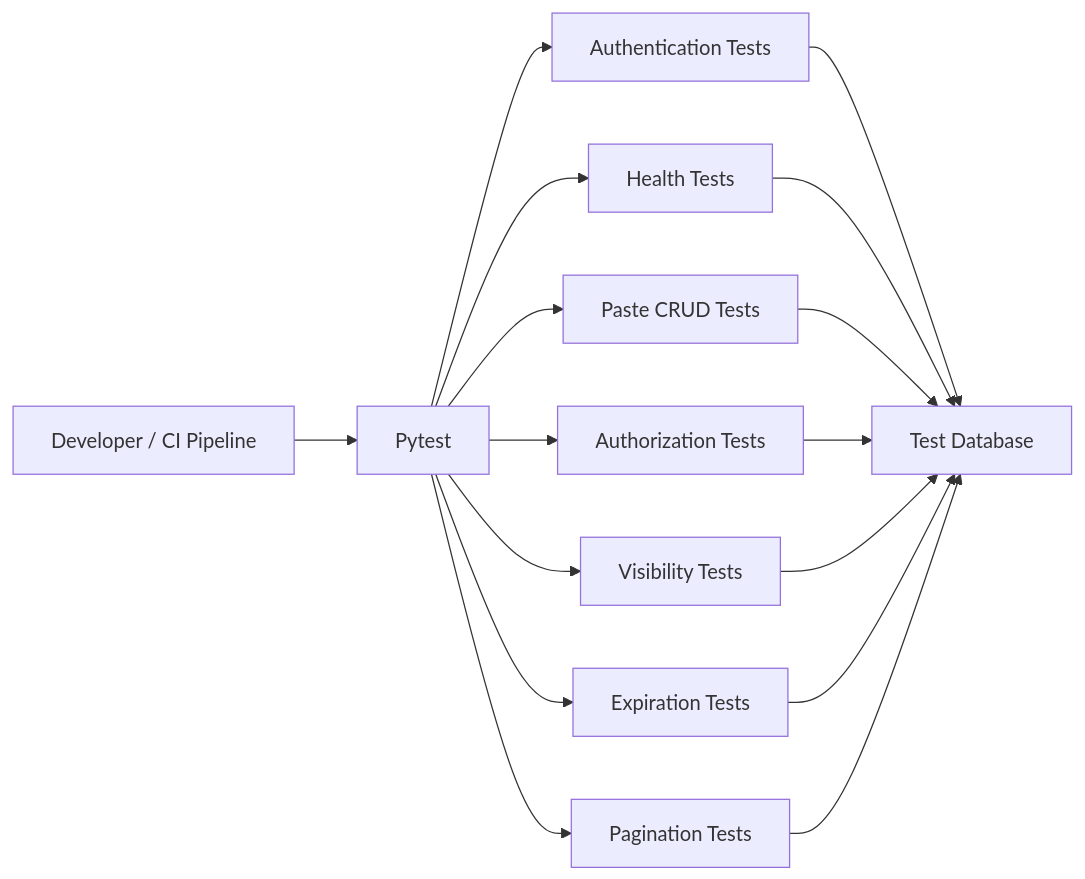
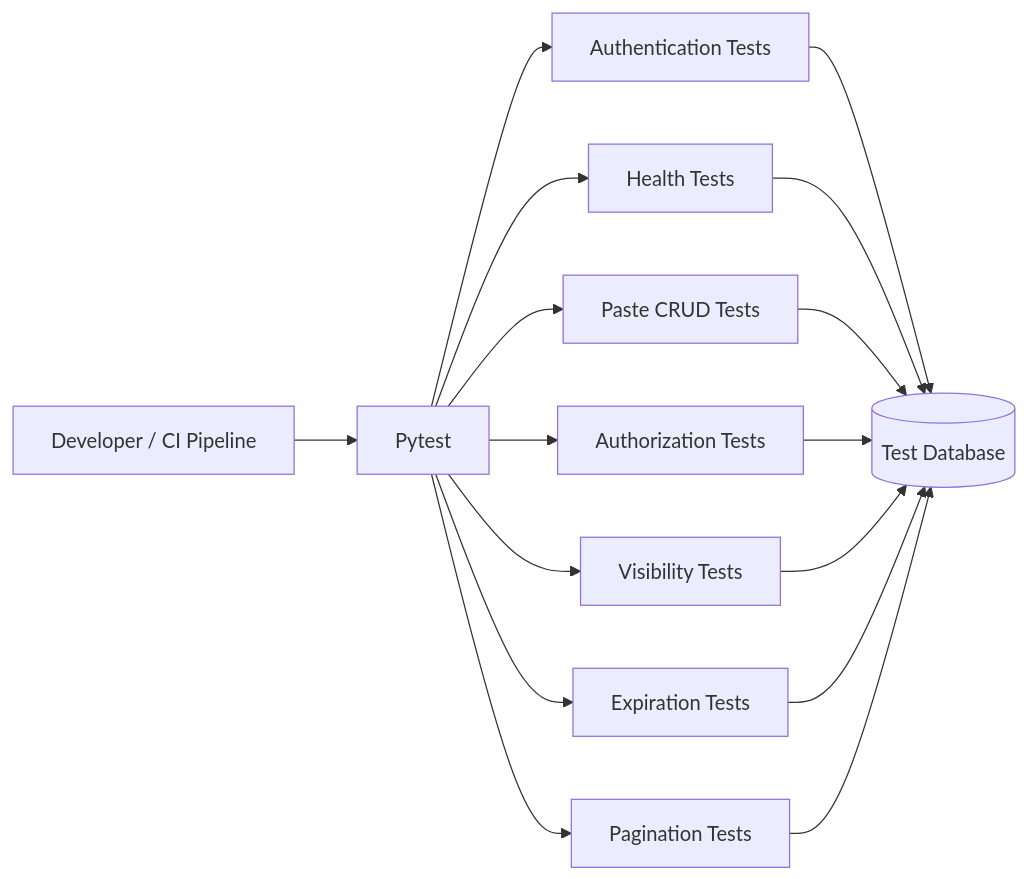
Diagram 17 of 21 in docks/ARCHITECTURE.md (kamlesh-codedev/paste-bin), drawn with Mermaid before and after one commit. The commit also changed other lines of this file, not shown here.

Commit message:
Resolved ARCHITECTURE render issue

````diff
--- a/docks/ARCHITECTURE.md
+++ b/docks/ARCHITECTURE.md
@@ -706,35 +705,35 @@
 ```mermaid
 flowchart LR
 
-    A[Developer / CI Pipeline]
+    A["Developer / CI Pipeline"]
 
-    A --> B[Pytest]
+    A --> B["Pytest"]
 
-    B --> C[Authentication Tests]
+    B --> C["Authentication Tests"]
 
-    B --> D[Health Tests]
+    B --> D["Health Tests"]
 
-    B --> E[Paste CRUD Tests]
+    B --> E["Paste CRUD Tests"]
 
-    B --> F[Authorization Tests]
+    B --> F["Authorization Tests"]
 
-    B --> G[Visibility Tests]
+    B --> G["Visibility Tests"]
 
-    B --> H[Expiration Tests]
+    B --> H["Expiration Tests"]
 
-    B --> I[Pagination Tests]
+    B --> I["Pagination Tests"]
 
-    C --> J[Test Database]
+    C --> J[("Test Database")]
 
     D --> J
 
     E --> J
 
     F --> J
 
     G --> J
 
     H --> J
 
     I --> J
 ```
````
